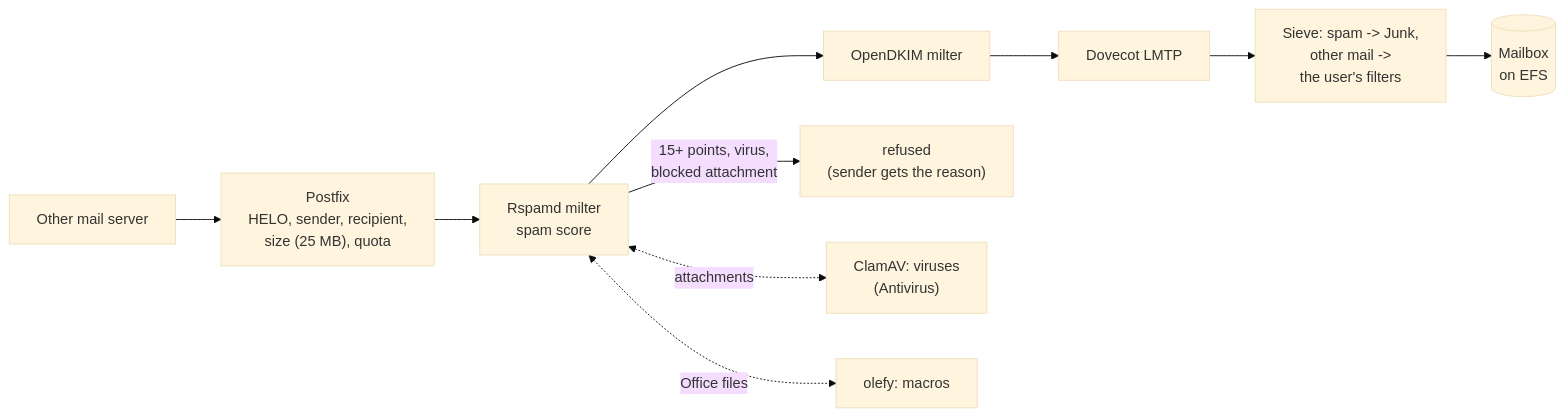
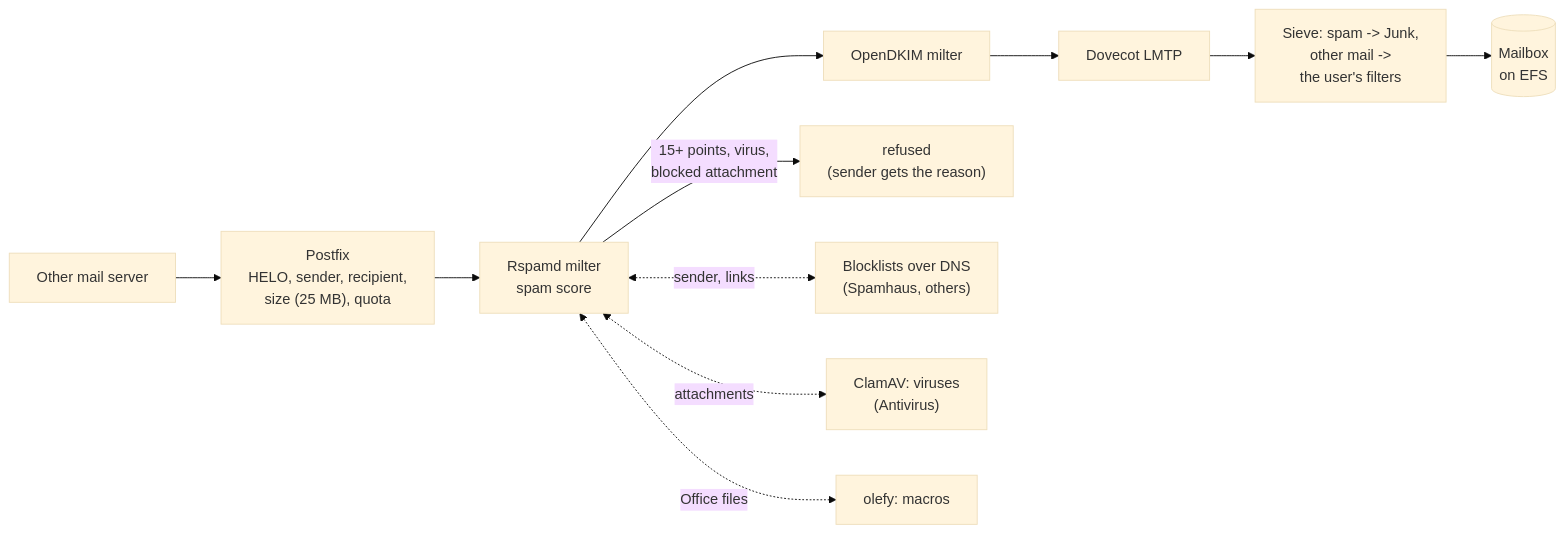
One commit to georgio-sd/flashlight changed the diagram in docs/ARCHITECTURE.md. Above: the diagram before and after it, drawn with Mermaid (base theme). The commit also changed other lines of this file, not shown here.

Commit message:
ARCHITECTURE: the blocklists in the incoming mail diagram

````diff
--- a/docs/ARCHITECTURE.md
+++ b/docs/ARCHITECTURE.md
@@ -361,12 +361,13 @@
 ```mermaid
 flowchart LR
     sender["Other mail server"] --> postfix["Postfix<br/>HELO, sender, recipient,<br/>size (25 MB), quota"]
     postfix --> rspamd["Rspamd milter<br/>spam score"]
     rspamd --> dkim["OpenDKIM milter"]
     dkim --> lmtp["Dovecot LMTP"]
     lmtp --> sieve["Sieve: spam -> Junk,<br/>other mail -><br/>the user's filters"]
     sieve --> box[("Mailbox<br/>on EFS")]
     rspamd -- "15+ points, virus,<br/>blocked attachment" --> reject["refused<br/>(sender gets the reason)"]
+    rspamd <-. "sender, links" .-> rbl["Blocklists over DNS<br/>(Spamhaus, others)"]
     rspamd <-. "attachments" .-> clamav["ClamAV: viruses<br/>(Antivirus)"]
     rspamd <-. "Office files" .-> olefy["olefy: macros"]
 ```
````
